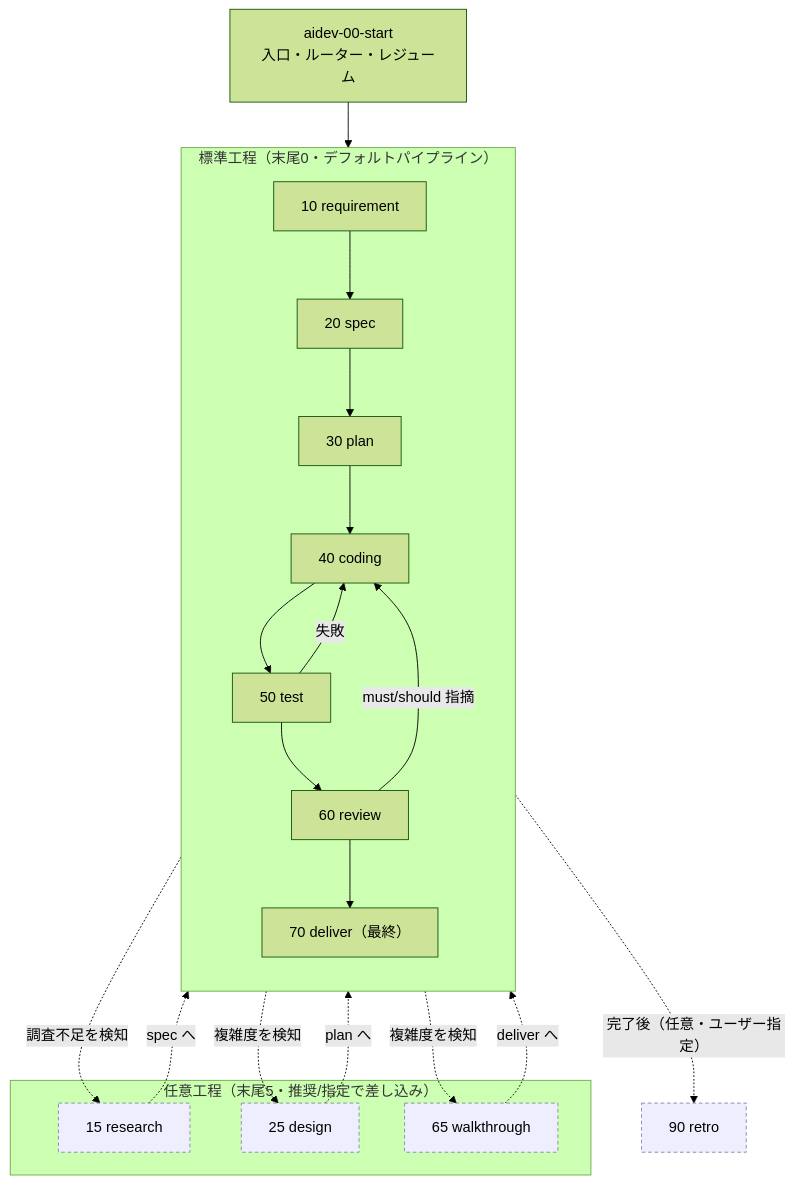
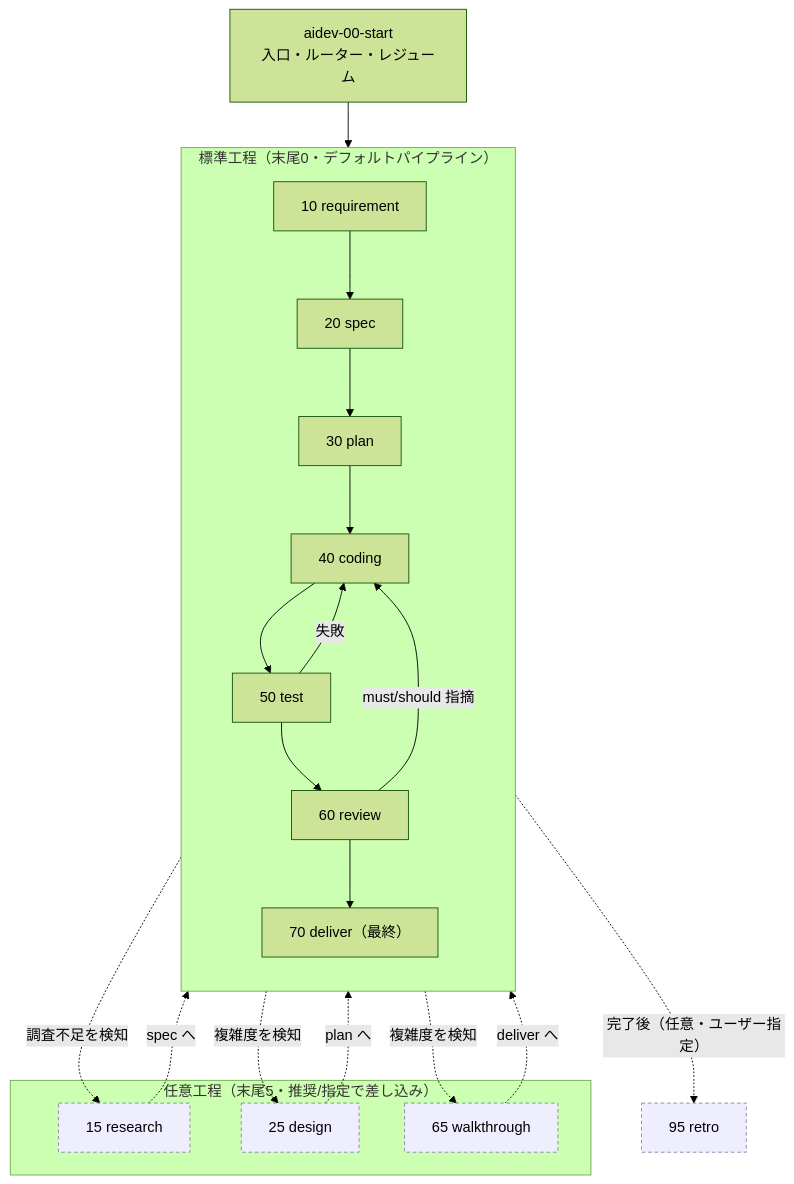
The first of 3 diagrams in md/claude-code/skills/aidev-docs/DESIGN.md (asaomaro/public_docs), drawn with Mermaid (forest theme) before and after one commit. The commit also changed 7 other files, not shown here.

````diff
--- a/md/claude-code/skills/aidev-docs/DESIGN.md
+++ b/md/claude-code/skills/aidev-docs/DESIGN.md
@@ -18,28 +18,28 @@
 ```mermaid
 flowchart TD
   start["aidev-00-start<br/>入口・ルーター・レジューム"]
   start --> req
 
   subgraph STD["標準工程（末尾0・デフォルトパイプライン）"]
     direction TB
     req["10 requirement"] --> spec["20 spec"] --> plan["30 plan"]
     plan --> coding["40 coding"] --> test["50 test"] --> review["60 review"] --> deliver["70 deliver（最終）"]
   end
 
   subgraph OPT["任意工程（末尾5・推奨/指定で差し込み）"]
     research["15 research"]
     design["25 design"]
     walkthrough["65 walkthrough"]
   end
 
   req -. 調査不足を検知 .-> research -. spec へ .-> spec
   spec -. 複雑度を検知 .-> design -. plan へ .-> plan
   review -. 複雑度を検知 .-> walkthrough -. deliver へ .-> deliver
 
   test -- 失敗 --> coding
   review -- "must/should 指摘" --> coding
-  deliver -. 完了後（任意・ユーザー指定） .-> retro["90 retro"]
+  deliver -. 完了後（任意・ユーザー指定） .-> retro["95 retro"]
 
   classDef opt fill:#eef,stroke:#88a,stroke-dasharray:4 3
   class research,design,walkthrough,retro opt
 ```
````
